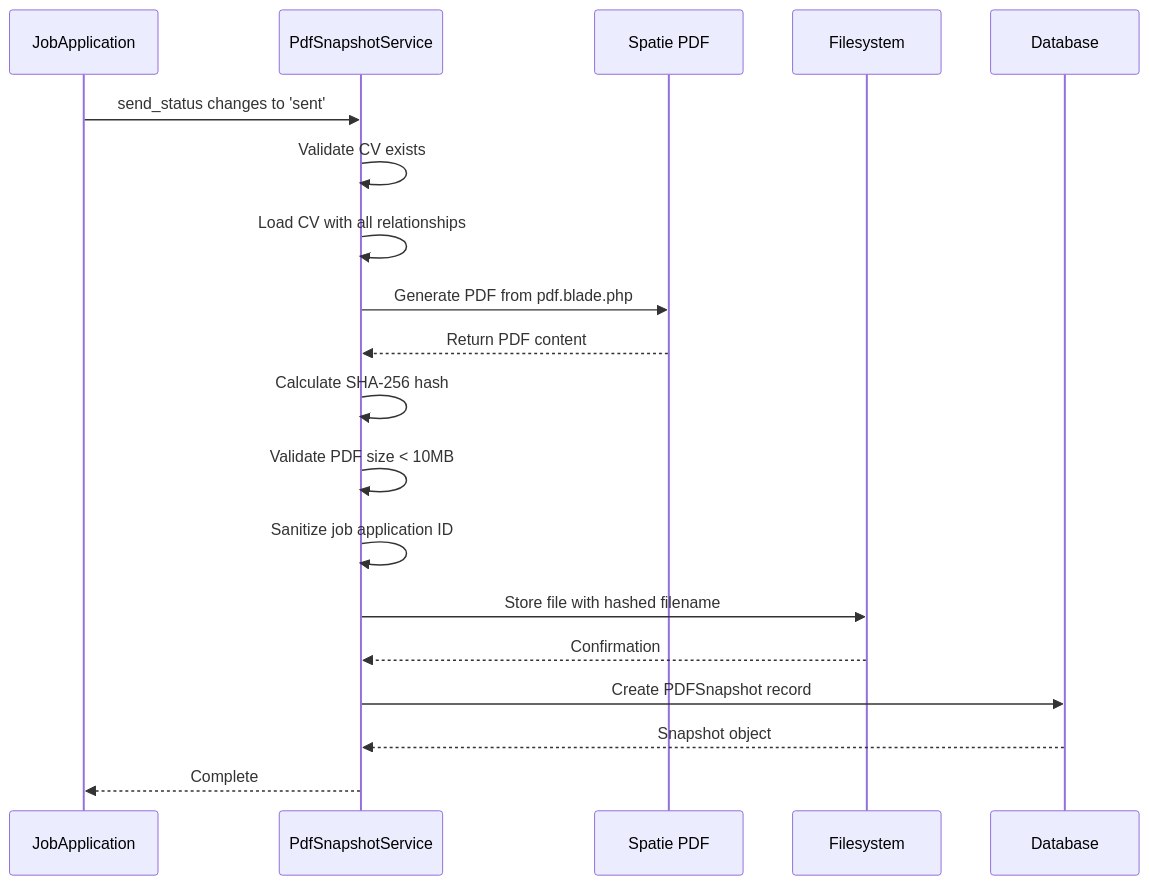
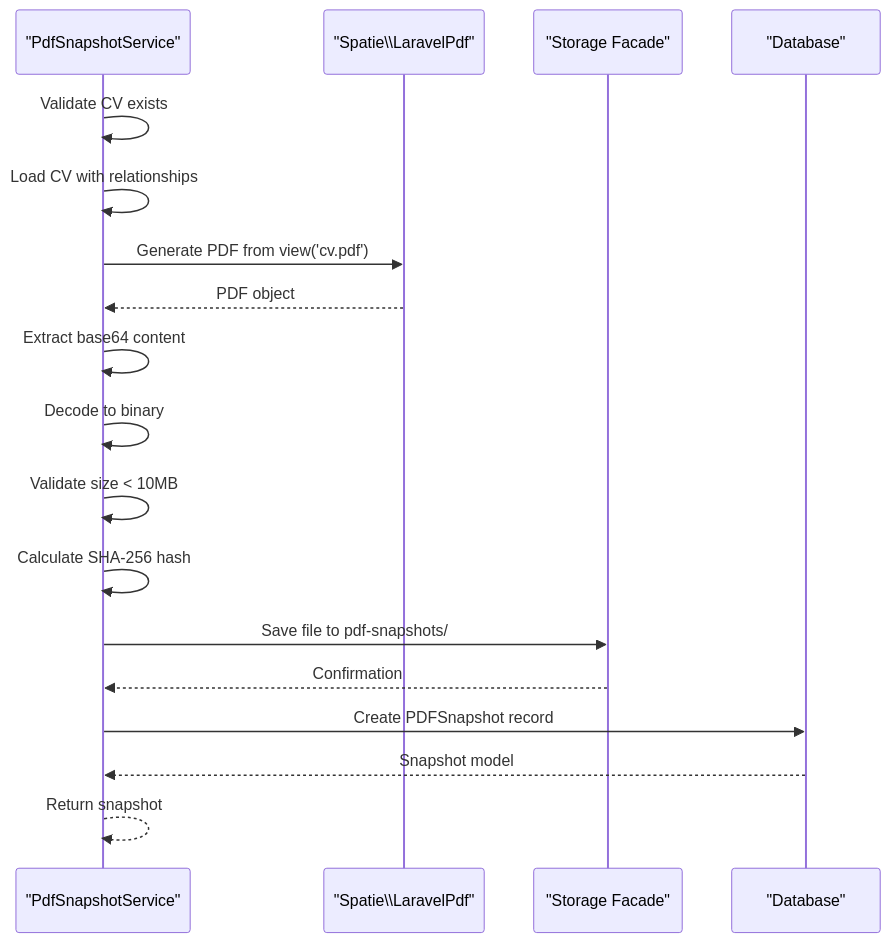
The fifth of 7 diagrams in .qoder/repowiki/en/content/PDF Generation/PDF Generation.md (withoutfanfare/cv-builder), drawn with Mermaid before and after one commit. The commit also changed other lines of this file and 128 other files, not shown here.

````diff
--- a/.qoder/repowiki/en/content/PDF Generation/PDF Generation.md
+++ b/.qoder/repowiki/en/content/PDF Generation/PDF Generation.md
@@ -142,21 +182,20 @@
 ```mermaid
 sequenceDiagram
-participant J as JobApplication
-participant S as PdfSnapshotService
-participant P as Spatie PDF
-participant F as Filesystem
-participant D as Database
-J->>S : send_status changes to 'sent'
-S->>S : Validate CV exists
-S->>S : Load CV with all relationships
-S->>P : Generate PDF from pdf.blade.php
-P-->>S : Return PDF content
-S->>S : Calculate SHA-256 hash
-S->>S : Validate PDF size < 10MB
-S->>S : Sanitize job application ID
-S->>F : Store file with hashed filename
-F-->>S : Confirmation
-S->>D : Create PDFSnapshot record
-D-->>S : Snapshot object
-S-->>J : Complete
+participant Service as "PdfSnapshotService"
+participant Pdf as "Spatie\\LaravelPdf"
+participant Storage as "Storage Facade"
+participant DB as "Database"
+Service->>Service : Validate CV exists
+Service->>Service : Load CV with relationships
+Service->>Pdf : Generate PDF from view('cv.pdf')
+Pdf-->>Service : PDF object
+Service->>Service : Extract base64 content
+Service->>Service : Decode to binary
+Service->>Service : Validate size < 10MB
+Service->>Service : Calculate SHA-256 hash
+Service->>Storage : Save file to pdf-snapshots/
+Storage-->>Service : Confirmation
+Service->>DB : Create PDFSnapshot record
+DB-->>Service : Snapshot model
+Service-->>Service : Return snapshot
 ```
````
